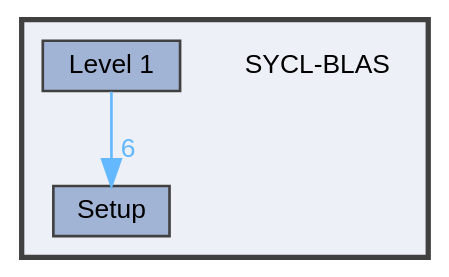
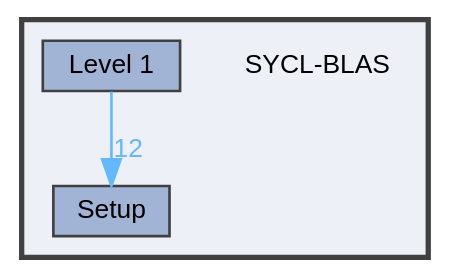
Before and after one commit to Mayukh-Banik/SYCL-BLAS: the diagram in docs/dir_2e9f169625e7208e21be673b418e5949_dep.dot, drawn with Graphviz. The commit also changed 132 other files, not shown here.

```diff
--- a/docs/dir_2e9f169625e7208e21be673b418e5949_dep.dot
+++ b/docs/dir_2e9f169625e7208e21be673b418e5949_dep.dot
@@ -1,15 +1,15 @@
 digraph "SYCL-BLAS"
 {
  // LATEX_PDF_SIZE
   bgcolor="transparent";
   edge [fontname=Helvetica,fontsize=10,labelfontname=Helvetica,labelfontsize=10];
   node [fontname=Helvetica,fontsize=10,shape=box,height=0.2,width=0.4];
   compound=true
   subgraph clusterdir_2e9f169625e7208e21be673b418e5949 {
     graph [ bgcolor="#edf0f7", pencolor="grey25", label="", fontname=Helvetica,fontsize=10 style="filled,bold", URL="dir_2e9f169625e7208e21be673b418e5949.html",tooltip=""]
     dir_2e9f169625e7208e21be673b418e5949 [shape=plaintext, label="SYCL-BLAS"];
   dir_4bdbafa1a890e85c566b99a7d5528745 [label="Level 1", fillcolor="#a2b4d6", color="grey25", style="filled", URL="dir_4bdbafa1a890e85c566b99a7d5528745.html",tooltip=""];
   dir_2cf803bbad5736ac46e5b9bef0403cf0 [label="Setup", fillcolor="#a2b4d6", color="grey25", style="filled", URL="dir_2cf803bbad5736ac46e5b9bef0403cf0.html",tooltip=""];
   }
-  dir_4bdbafa1a890e85c566b99a7d5528745->dir_2cf803bbad5736ac46e5b9bef0403cf0 [headlabel="6", labeldistance=1.5 headhref="dir_000001_000003.html" href="dir_000001_000003.html" color="steelblue1" fontcolor="steelblue1"];
+  dir_4bdbafa1a890e85c566b99a7d5528745->dir_2cf803bbad5736ac46e5b9bef0403cf0 [headlabel="12", labeldistance=1.5 headhref="dir_000001_000003.html" href="dir_000001_000003.html" color="steelblue1" fontcolor="steelblue1"];
 }
```
